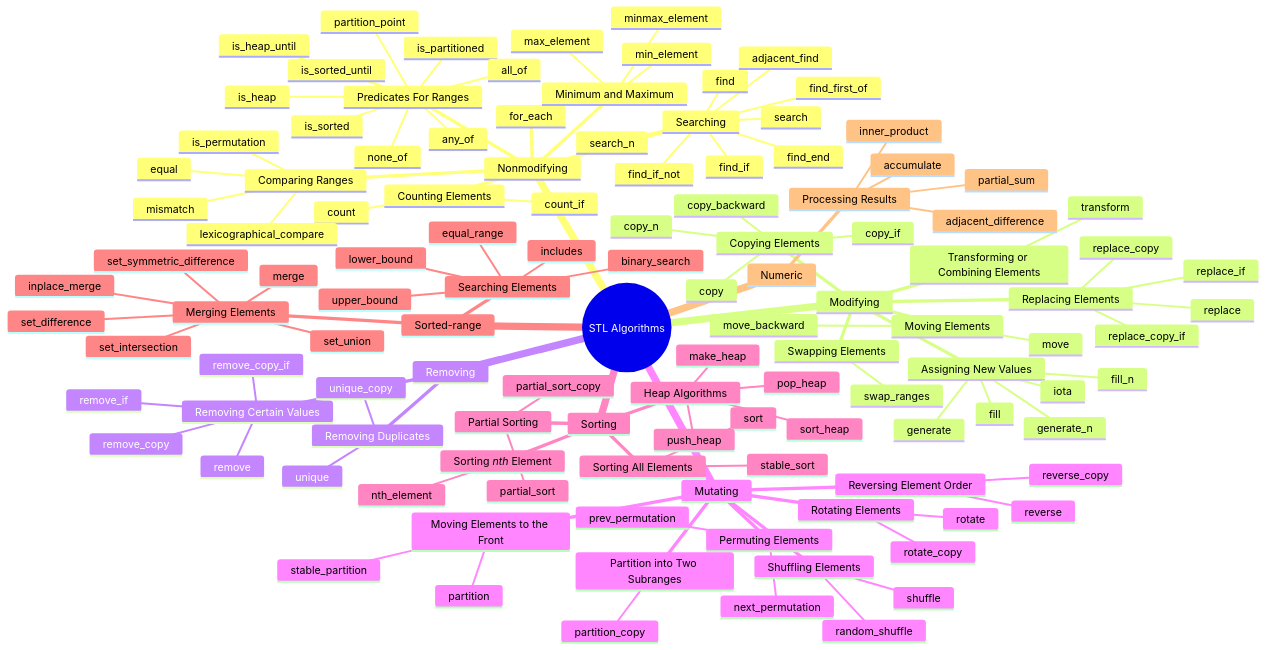
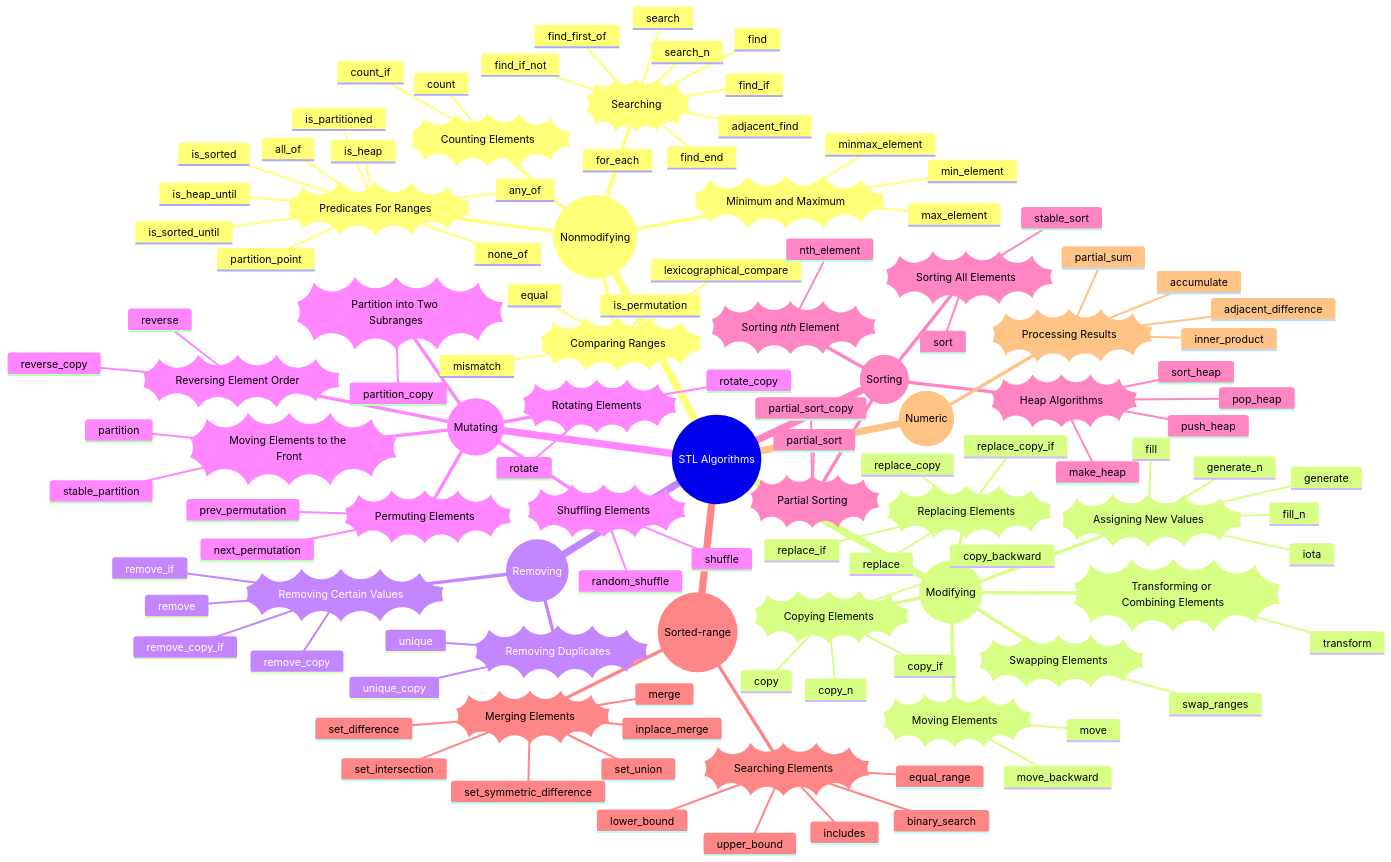
One commit to arindamrc/cpp_mindmaps changed the diagram in stl_algorithms.md. Above: the diagram before and after it, drawn with Mermaid. The commit also changed other lines of this file, not shown here.

Commit message:
Adding notes.

````diff
--- a/stl_algorithms.md
+++ b/stl_algorithms.md
@@ -5,16 +5,17 @@
 ```mermaid
 mindmap
   root((STL Algorithms))
-    Nonmodifying
+  
+    ((Nonmodifying))
         for_each
-        Counting Elements
+        ))Counting Elements((
             count
             count_if
-        Minimum and Maximum
+        ))Minimum and Maximum((
             min_element
             max_element
             minmax_element
-        Searching
+        ))Searching((
             find
             find_if
             find_if_not
@@ -23,12 +24,12 @@
             adjacent_find
             search
             search_n
-        Comparing Ranges
+        ))Comparing Ranges((
             equal
             is_permutation
             mismatch
             lexicographical_compare
-        Predicates For Ranges
+        ))Predicates For Ranges((
             is_sorted
             is_sorted_until
             is_partitioned
@@ -39,83 +40,83 @@
             any_of
             none_of
 
-    Modifying
-        Copying Elements
+    ((Modifying))
+        ))Copying Elements((
             copy
             copy_if
             copy_n
             copy_backward
-        Moving Elements
+        ))Moving Elements((
             move
             move_backward
-        Transforming or Combining Elements
+        ))Transforming or Combining Elements((
             transform
-        Swapping Elements
+        ))Swapping Elements((
             swap_ranges
-        Assigning New Values
+        ))Assigning New Values((
             fill
             fill_n
             generate
             generate_n
             iota
-        Replacing Elements
+        ))Replacing Elements((
             replace
             replace_if
             replace_copy
             replace_copy_if
 
-    Removing
-        Removing Certain Values
+    ((Removing))
+        ))Removing Certain Values((
             remove
             remove_if
             remove_copy
             remove_copy_if
-        Removing Duplicates
+        ))Removing Duplicates((
             unique
             unique_copy
 
-    Mutating
-        Reversing Element Order
+    ((Mutating))
+        ))Reversing Element Order((
             reverse
             reverse_copy
-        Rotating Elements
+        ))Rotating Elements((
             rotate
             rotate_copy
-        Permuting Elements
+        ))Permuting Elements((
             next_permutation
             prev_permutation
-        Shuffling Elements
+        ))Shuffling Elements((
             shuffle
             random_shuffle
-        Moving Elements to the Front
+        ))Moving Elements to the Front((
             partition
             stable_partition
-        Partition into Two Subranges
+        ))Partition into Two Subranges((
             partition_copy
 
-    Sorting
-        Sorting All Elements
+    ((Sorting))
+        ))Sorting All Elements((
             sort
             stable_sort
-        Partial Sorting
+        ))Partial Sorting((
             partial_sort
             partial_sort_copy
-        Sorting *nth* Element
+        ))Sorting *nth* Element((
             nth_element
-        Heap Algorithms
+        ))Heap Algorithms((
             make_heap
             push_heap
             pop_heap
             sort_heap
 
-    Sorted-range
-        Searching Elements
+    ((Sorted-range))
+        ))Searching Elements((
             binary_search
             includes
             lower_bound
             upper_bound
             equal_range
-        Merging Elements
+        ))Merging Elements((
             merge
             set_union
             set_intersection
@@ -123,8 +124,8 @@
             set_symmetric_difference
             inplace_merge
 
-    Numeric
-        Processing Results
+    ((Numeric))
+        ))Processing Results((
             accumulate
             inner_product
             partial_sum
````
